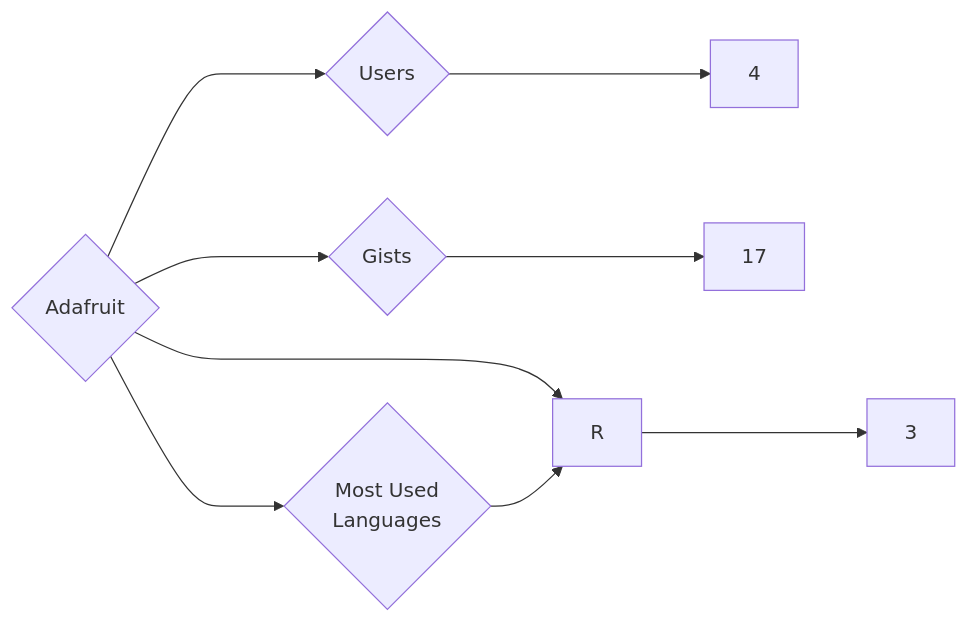
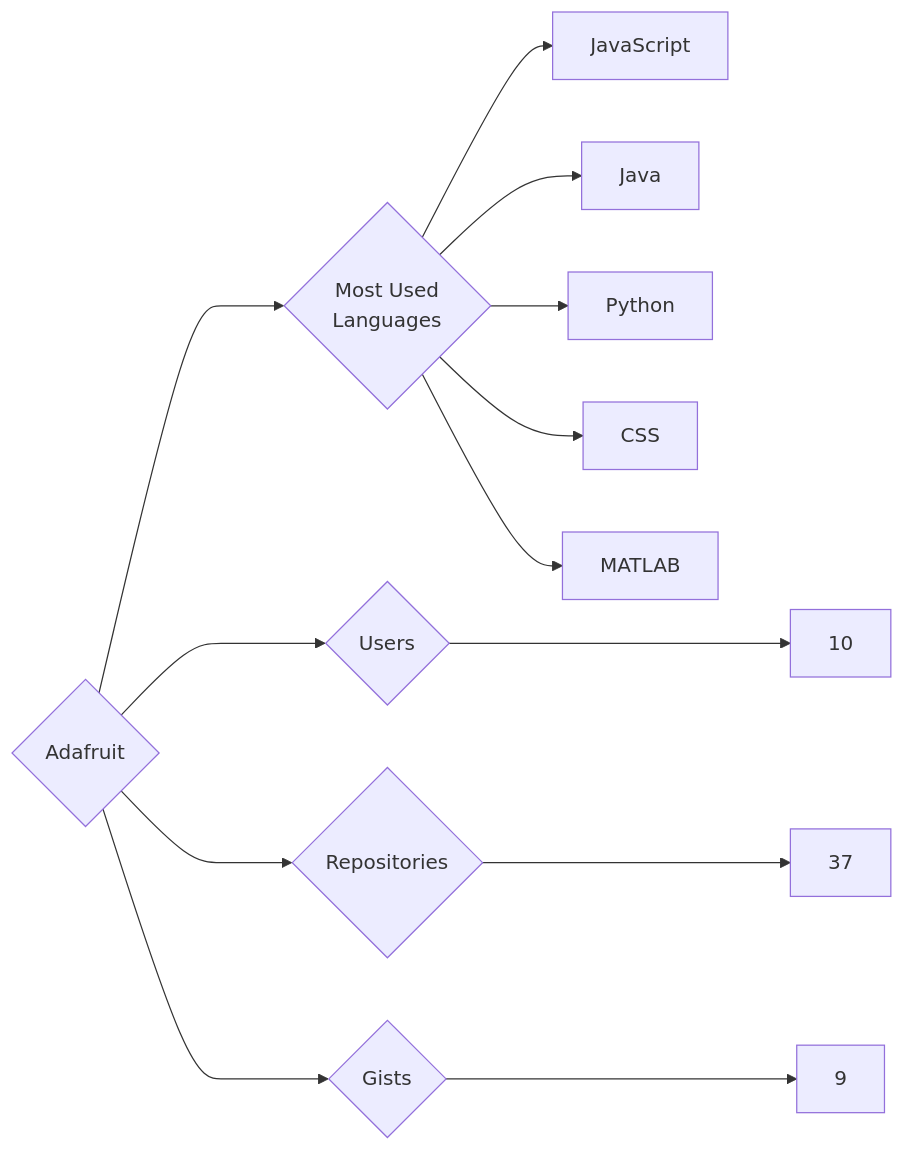
One commit to trickest/insiders changed the diagram in targets/Adafruit/README.md. Above: the diagram before and after it, drawn with Mermaid. The commit also changed 857 other files, not shown here.

````diff
--- a/targets/Adafruit/README.md
+++ b/targets/Adafruit/README.md
@@ -3,9 +3,13 @@
 ```mermaid
 graph LR
 COMPANY_NAME{Adafruit}
-COMPANY_NAME ---> U{Users} ---> UN[4]
-COMPANY_NAME ---> R{Repositories} ---> RN[3]
-COMPANY_NAME ---> G{Gists} ---> GN[17]
+COMPANY_NAME ---> U{Users} ---> UN[10]
+COMPANY_NAME ---> R{Repositories} ---> RN[37]
+COMPANY_NAME ---> G{Gists} ---> GN[9]
 COMPANY_NAME ---> ML{Most Used<br>Languages}
-ML --> R[R]
+ML --> JavaScript[JavaScript]
+ML --> Java[Java]
+ML --> Python[Python]
+ML --> CSS[CSS]
+ML --> MATLAB[MATLAB]
 ```
````
